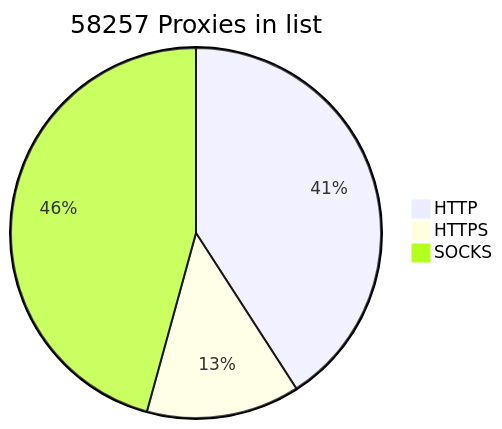
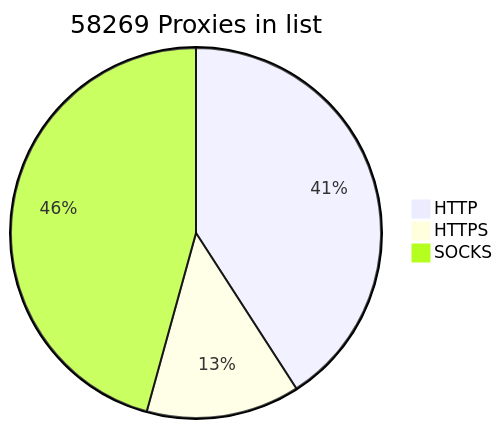
Before and after one commit to BlackSnowDot/proxylist-update-every-minute: the diagram in README.md, drawn with Mermaid. The commit also changed other lines of this file, not shown here.

````diff
--- a/README.md
+++ b/README.md
@@ -2,6 +2,6 @@
 ```mermaid
-pie title 58257 Proxies in list
-    "HTTP" : 26832
-    "HTTPS": 8791
+pie title 58269 Proxies in list
+    "HTTP" : 26841
+    "HTTPS": 8804
     "SOCKS" : 30016
 ```
````
